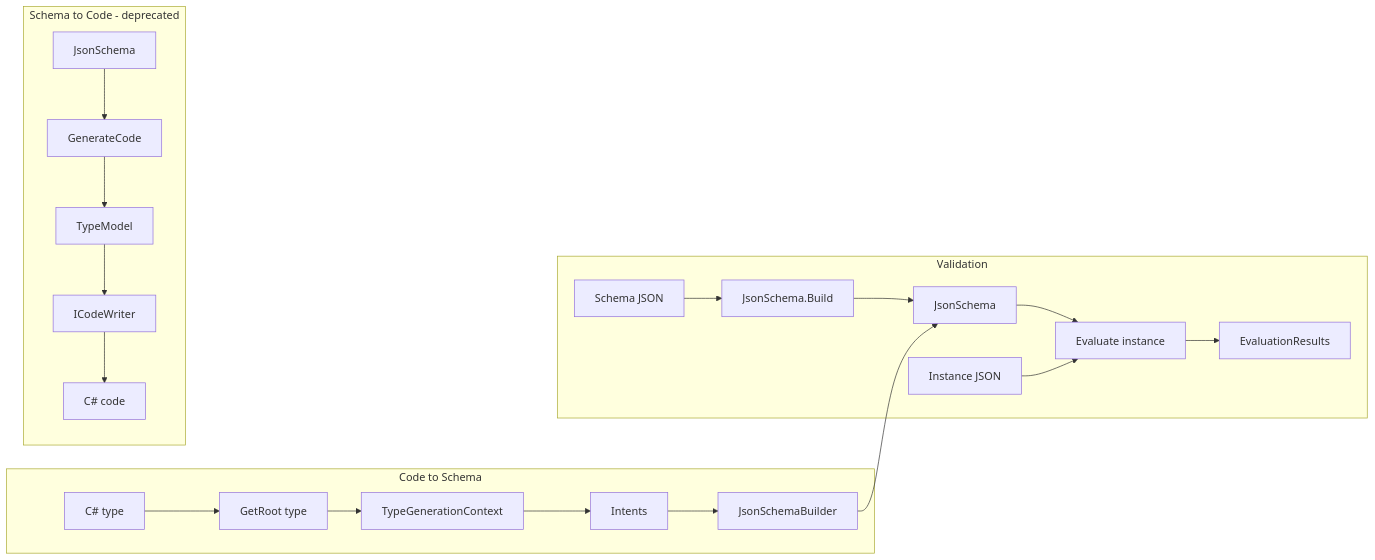
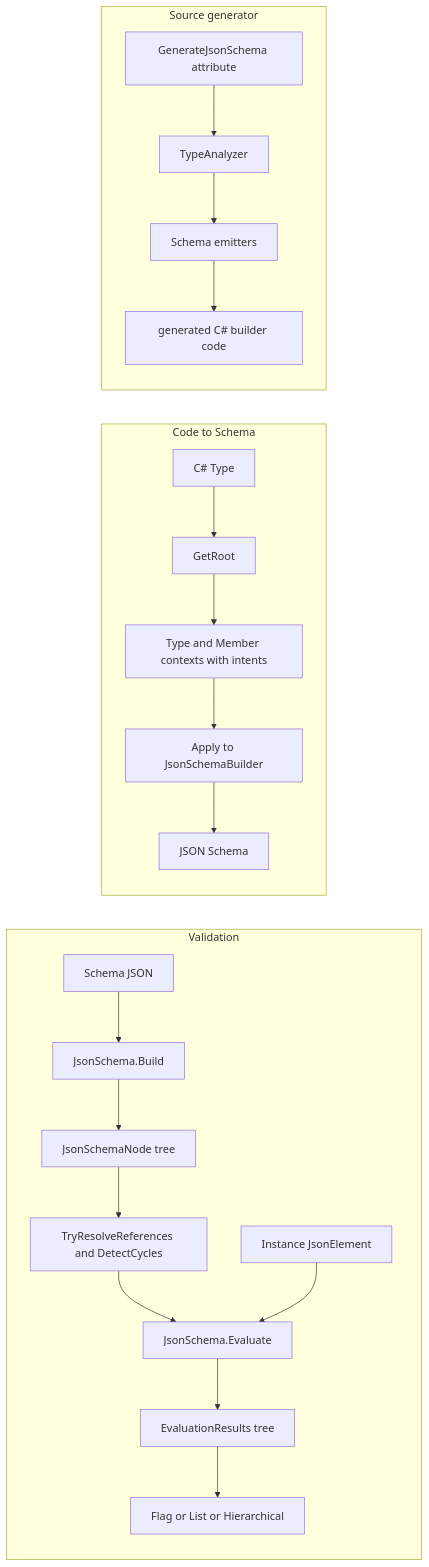
Before and after one commit to goddtriffin/json-schema-rs: the first of 2 diagrams in research/reports/csharp/json-everything-json-everything.md, drawn with Mermaid. The commit also changed other lines of this file and 51 other files, not shown here.

````diff
--- a/research/reports/csharp/json-everything-json-everything.md
+++ b/research/reports/csharp/json-everything-json-everything.md
@@ -98,38 +101,40 @@
 ```mermaid
 flowchart LR
   subgraph validation [Validation]
-    SchemaJSON[Schema JSON]
-    Build[JsonSchema.Build]
-    JsonSchema[JsonSchema]
-    Evaluate[Evaluate instance]
-    Results[EvaluationResults]
-    SchemaJSON --> Build
-    Build --> JsonSchema
-    JsonSchema --> Evaluate
-    Instance[Instance JSON] --> Evaluate
-    Evaluate --> Results
+    SchemaJson[Schema JSON]
+    BuildImpl[JsonSchema.Build]
+    NodeTree[JsonSchemaNode tree]
+    Resolve[TryResolveReferences and DetectCycles]
+    Instance[Instance JsonElement]
+    Evaluate[JsonSchema.Evaluate]
+    ResultTree[EvaluationResults tree]
+    Shaped[Flag or List or Hierarchical]
+    SchemaJson --> BuildImpl
+    BuildImpl --> NodeTree
+    NodeTree --> Resolve
+    Resolve --> Evaluate
+    Instance --> Evaluate
+    Evaluate --> ResultTree
+    ResultTree --> Shaped
   end
   subgraph codeToSchema [Code to Schema]
-    Type[C# type]
-    GetRoot[GetRoot type]
-    Context[TypeGenerationContext]
-    Intents[Intents]
-    Builder[JsonSchemaBuilder]
-    Type --> GetRoot
-    GetRoot --> Context
-    Context --> Intents
-    Intents --> Builder
-    Builder --> JsonSchema
+    CsType[C# Type]
+    GetRoot[GetRoot]
+    Contexts[Type and Member contexts with intents]
+    Apply[Apply to JsonSchemaBuilder]
+    GenSchema[JSON Schema]
+    CsType --> GetRoot
+    GetRoot --> Contexts
+    Contexts --> Apply
+    Apply --> GenSchema
   end
-  subgraph schemaToCode [Schema to Code - deprecated]
-    Schema2[JsonSchema]
-    GenCode[GenerateCode]
-    TypeModel[TypeModel]
-    CodeWriter[ICodeWriter]
-    CSharp[C# code]
-    Schema2 --> GenCode
-    GenCode --> TypeModel
-    TypeModel --> CodeWriter
-    CodeWriter --> CSharp
+  subgraph srcGen [Source generator]
+    Attr[GenerateJsonSchema attribute]
+    Analyzer[TypeAnalyzer]
+    Emitters[Schema emitters]
+    GenCs[generated C# builder code]
+    Attr --> Analyzer
+    Analyzer --> Emitters
+    Emitters --> GenCs
   end
 ```
````
